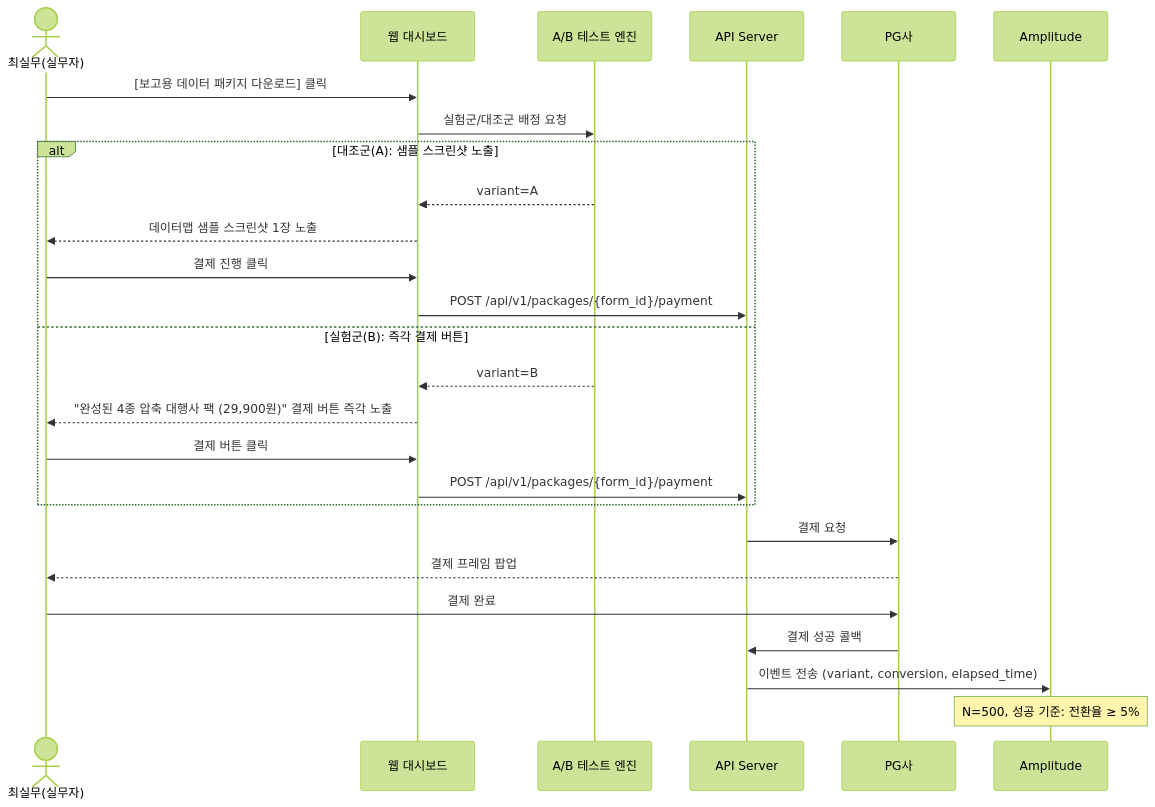
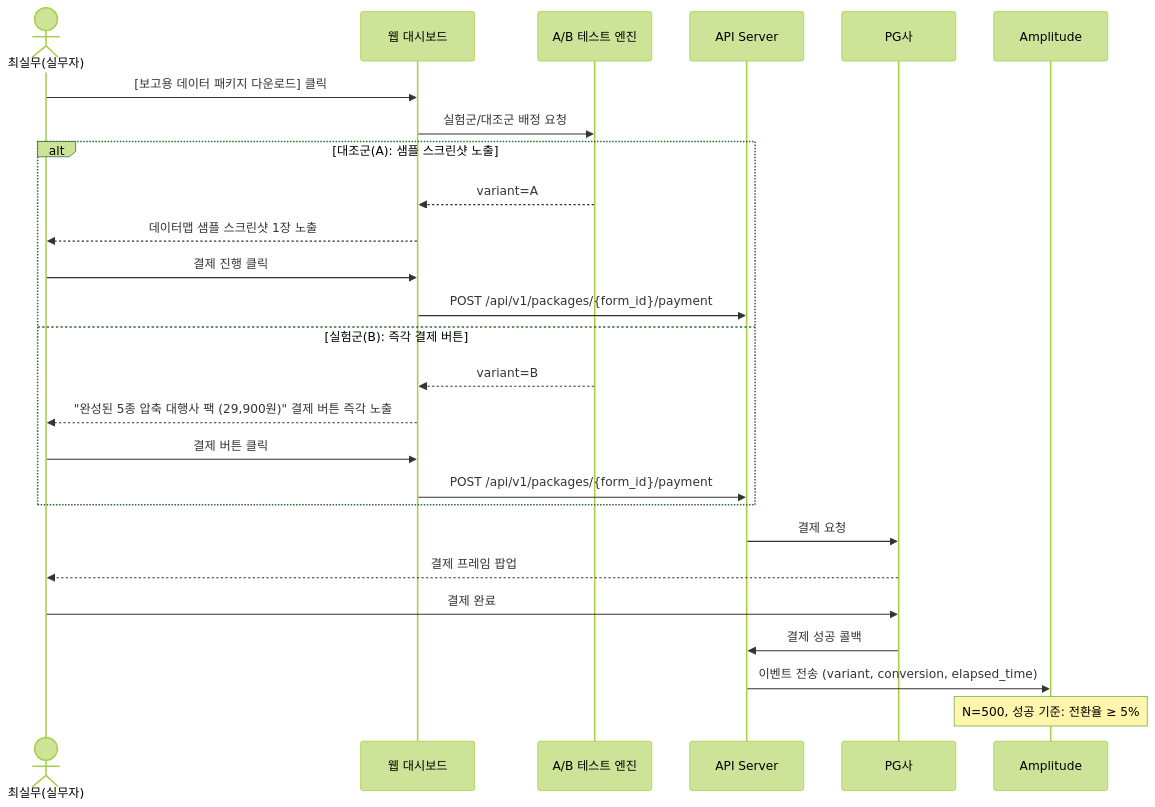
One commit to ZeroWalnut-0/SRS-from-PRD-AI_Survey changed diagram 12 of 13 in SRS-Drafts/01_SRS_v0.1_Opus.md. Above: the diagram before and after it, drawn with Mermaid (forest theme). The commit also changed other lines of this file and 386 other files, not shown here.

Commit message:
TASK 의존성 상세 다이어그램 업데이트

````diff
--- a/SRS-Drafts/01_SRS_v0.1_Opus.md
+++ b/SRS-Drafts/01_SRS_v0.1_Opus.md
@@ -1307,32 +1316,32 @@
 ```mermaid
 sequenceDiagram
     actor User as 최실무(실무자)
     participant Web as 웹 대시보드
     participant AB as A/B 테스트 엔진
     participant API as API Server
     participant PG as PG사
     participant Amplitude as Amplitude
 
     User->>Web: [보고용 데이터 패키지 다운로드] 클릭
     Web->>AB: 실험군/대조군 배정 요청
     
     alt 대조군(A): 샘플 스크린샷 노출
         AB-->>Web: variant=A
         Web-->>User: 데이터맵 샘플 스크린샷 1장 노출
         User->>Web: 결제 진행 클릭
         Web->>API: POST /api/v1/packages/{form_id}/payment
     else 실험군(B): 즉각 결제 버튼
         AB-->>Web: variant=B
-        Web-->>User: "완성된 4종 압축 대행사 팩 (29,900원)" 결제 버튼 즉각 노출
+        Web-->>User: "완성된 5종 압축 대행사 팩 (29,900원)" 결제 버튼 즉각 노출
         User->>Web: 결제 버튼 클릭
         Web->>API: POST /api/v1/packages/{form_id}/payment
     end
     
     API->>PG: 결제 요청
     PG-->>User: 결제 프레임 팝업
     User->>PG: 결제 완료
     PG->>API: 결제 성공 콜백
     API->>Amplitude: 이벤트 전송 (variant, conversion, elapsed_time)
     
     Note over Amplitude: N=500, 성공 기준: 전환율 ≥ 5%
 ```
````
